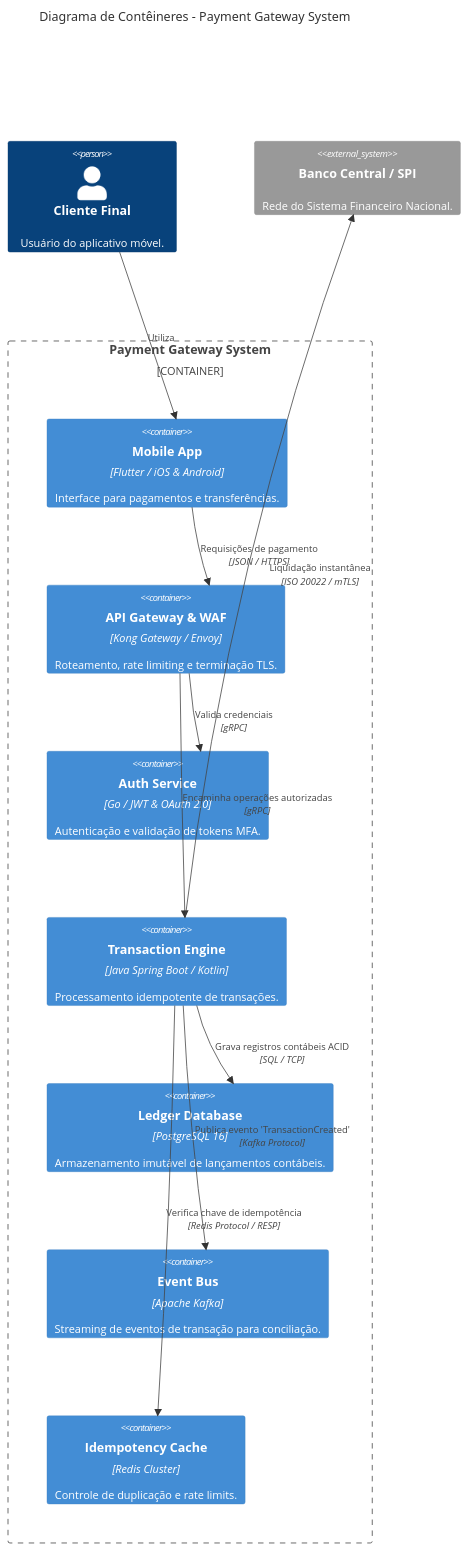
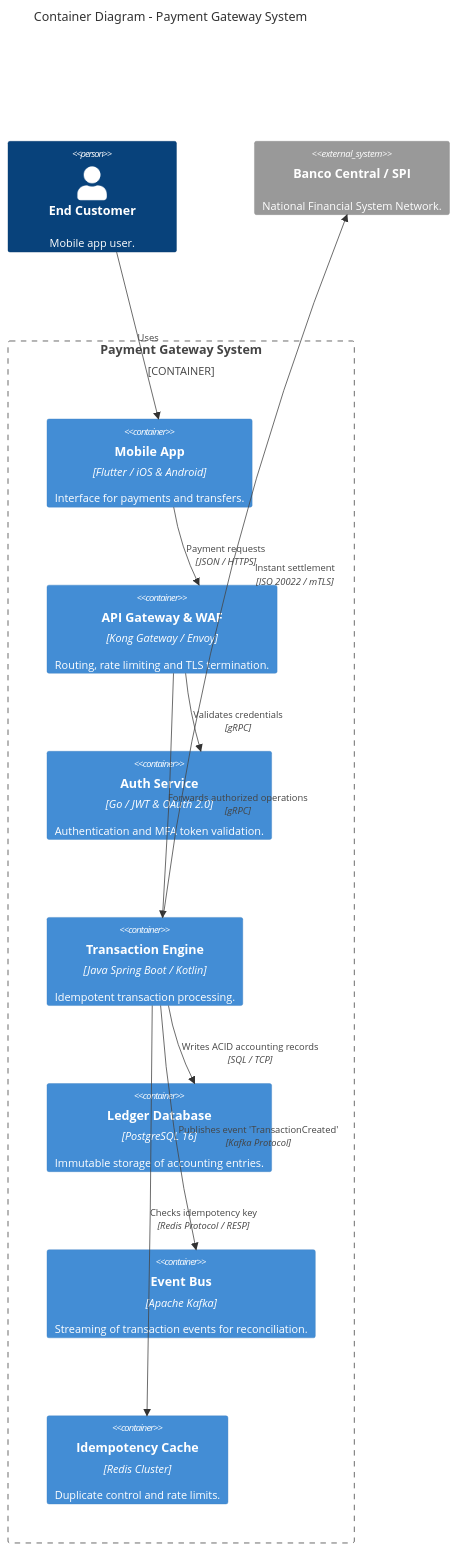
Before and after one commit to dandgabr/Coacus: the second of 2 diagrams in knowledge/skills/engineering/practices/c4-model-architecture/SKILL.md, drawn with Mermaid. The commit also changed other lines of this file and 143 other files, not shown here.

````diff
--- a/knowledge/skills/engineering/practices/c4-model-architecture/SKILL.md
+++ b/knowledge/skills/engineering/practices/c4-model-architecture/SKILL.md
@@ -95,27 +95,27 @@
 ```mermaid
 C4Container
-    title Diagrama de Contêineres - Payment Gateway System
+    title Container Diagram - Payment Gateway System
 
-    Person(customer, "Cliente Final", "Usuário do aplicativo móvel.")
+    Person(customer, "End Customer", "Mobile app user.")
 
     Container_Boundary(c1, "Payment Gateway System") {
-        Container(mobile_app, "Mobile App", "Flutter / iOS & Android", "Interface para pagamentos e transferências.")
-        Container(api_gw, "API Gateway & WAF", "Kong Gateway / Envoy", "Roteamento, rate limiting e terminação TLS.")
-        Container(auth_svc, "Auth Service", "Go / JWT & OAuth 2.0", "Autenticação e validação de tokens MFA.")
-        Container(trans_svc, "Transaction Engine", "Java Spring Boot / Kotlin", "Processamento idempotente de transações.")
-        Container(ledger_db, "Ledger Database", "PostgreSQL 16", "Armazenamento imutável de lançamentos contábeis.")
-        Container(msg_broker, "Event Bus", "Apache Kafka", "Streaming de eventos de transação para conciliação.")
-        Container(cache_store, "Idempotency Cache", "Redis Cluster", "Controle de duplicação e rate limits.")
+        Container(mobile_app, "Mobile App", "Flutter / iOS & Android", "Interface for payments and transfers.")
+        Container(api_gw, "API Gateway & WAF", "Kong Gateway / Envoy", "Routing, rate limiting and TLS termination.")
+        Container(auth_svc, "Auth Service", "Go / JWT & OAuth 2.0", "Authentication and MFA token validation.")
+        Container(trans_svc, "Transaction Engine", "Java Spring Boot / Kotlin", "Idempotent transaction processing.")
+        Container(ledger_db, "Ledger Database", "PostgreSQL 16", "Immutable storage of accounting entries.")
+        Container(msg_broker, "Event Bus", "Apache Kafka", "Streaming of transaction events for reconciliation.")
+        Container(cache_store, "Idempotency Cache", "Redis Cluster", "Duplicate control and rate limits.")
     }
 
-    System_Ext(bank_core, "Banco Central / SPI", "Rede do Sistema Financeiro Nacional.")
+    System_Ext(bank_core, "Banco Central / SPI", "National Financial System Network.")
 
-    Rel(customer, mobile_app, "Utiliza")
-    Rel(mobile_app, api_gw, "Requisições de pagamento", "JSON / HTTPS")
-    Rel(api_gw, auth_svc, "Valida credenciais", "gRPC")
-    Rel(api_gw, trans_svc, "Encaminha operações autorizadas", "gRPC")
-    Rel(trans_svc, cache_store, "Verifica chave de idempotência", "Redis Protocol / RESP")
-    Rel(trans_svc, ledger_db, "Grava registros contábeis ACID", "SQL / TCP")
-    Rel(trans_svc, msg_broker, "Publica evento 'TransactionCreated'", "Kafka Protocol")
-    Rel(trans_svc, bank_core, "Liquidação instantânea", "ISO 20022 / mTLS")
+    Rel(customer, mobile_app, "Uses")
+    Rel(mobile_app, api_gw, "Payment requests", "JSON / HTTPS")
+    Rel(api_gw, auth_svc, "Validates credentials", "gRPC")
+    Rel(api_gw, trans_svc, "Forwards authorized operations", "gRPC")
+    Rel(trans_svc, cache_store, "Checks idempotency key", "Redis Protocol / RESP")
+    Rel(trans_svc, ledger_db, "Writes ACID accounting records", "SQL / TCP")
+    Rel(trans_svc, msg_broker, "Publishes event 'TransactionCreated'", "Kafka Protocol")
+    Rel(trans_svc, bank_core, "Instant settlement", "ISO 20022 / mTLS")
 ```
````
